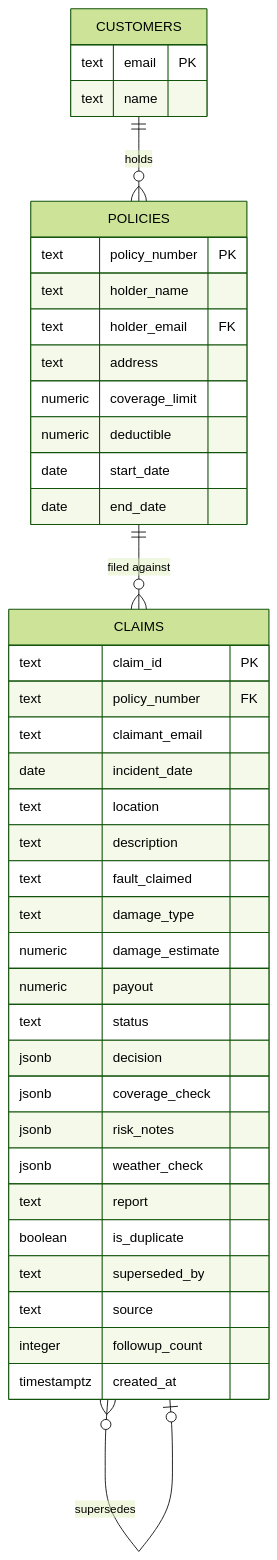
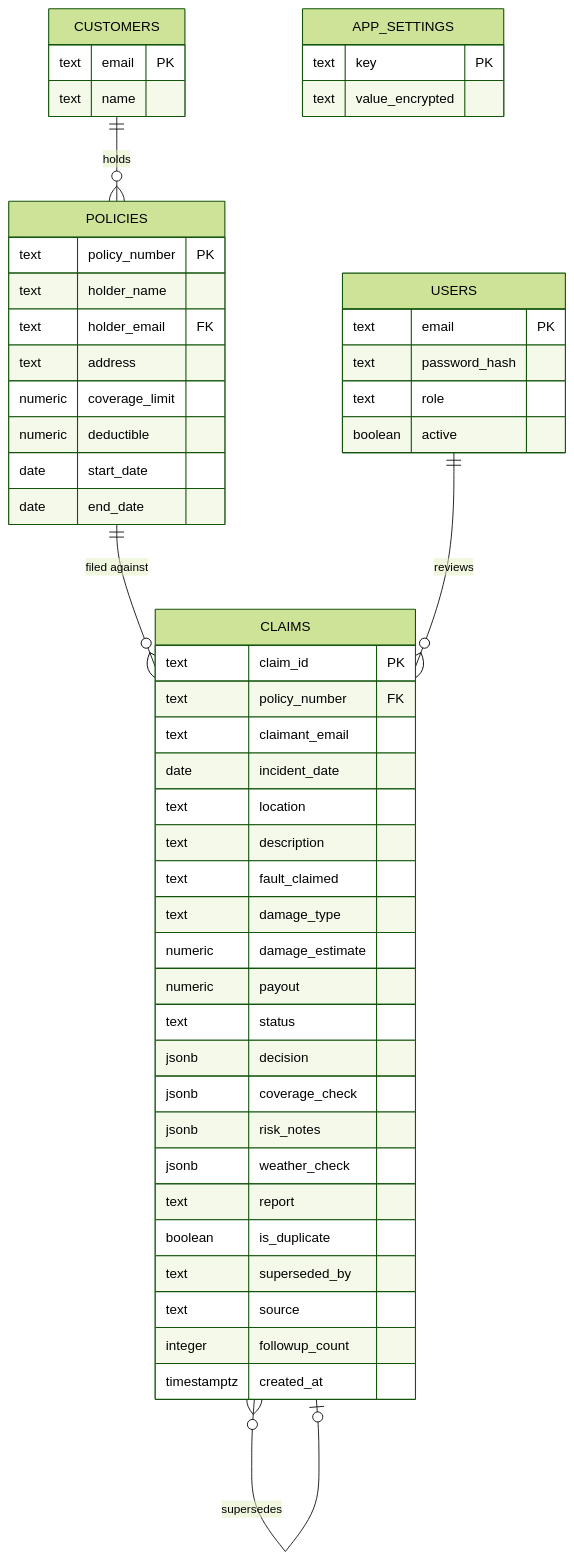
One commit to NEC0S/FNOL_Claims_Intake_Agent changed the fourth of 4 diagrams in README.md. Above: the diagram before and after it, drawn with Mermaid (forest theme). The commit also changed other lines of this file, not shown here.

First line of the commit message:
Revise README for FNOL Claims Intake project

````diff
--- a/README.md
+++ b/README.md
@@ -162,44 +188,55 @@
 ```mermaid
 erDiagram
     CUSTOMERS ||--o{ POLICIES : holds
     POLICIES ||--o{ CLAIMS : "filed against"
     CLAIMS }o--o| CLAIMS : supersedes
+    USERS ||--o{ CLAIMS : reviews
 
     CUSTOMERS {
         text email PK
         text name
     }
     POLICIES {
         text policy_number PK
         text holder_name
         text holder_email FK
         text address
         numeric coverage_limit
         numeric deductible
         date start_date
         date end_date
     }
     CLAIMS {
         text claim_id PK
         text policy_number FK
         text claimant_email
         date incident_date
         text location
         text description
         text fault_claimed
         text damage_type
         numeric damage_estimate
         numeric payout
         text status
         jsonb decision
         jsonb coverage_check
         jsonb risk_notes
         jsonb weather_check
         text report
         boolean is_duplicate
         text superseded_by
         text source
         integer followup_count
         timestamptz created_at
     }
+    USERS {
+        text email PK
+        text password_hash
+        text role
+        boolean active
+    }
+    APP_SETTINGS {
+        text key PK
+        text value_encrypted
+    }
 ```
````
